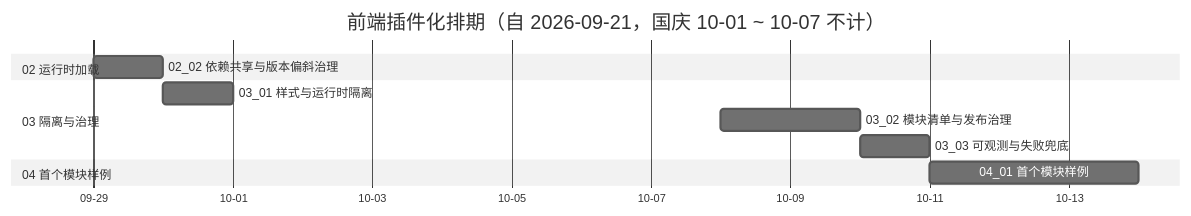
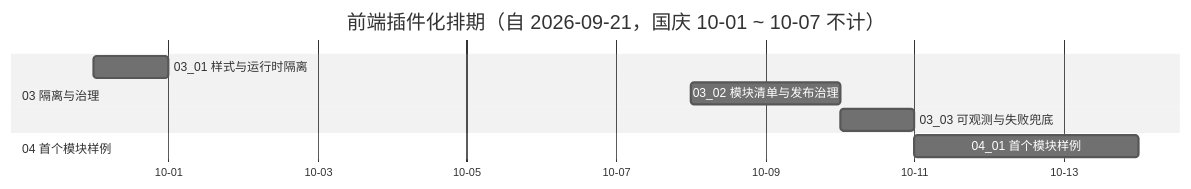
Before and after one commit to minjian123/basic-management-system: the diagram in bms文档/项目/05_前端插件化/计划/01_计划_前端插件化.md, drawn with Mermaid (neutral theme). The commit also changed other lines of this file and 14 other files, not shown here.

````diff
--- a/bms文档/项目/05_前端插件化/计划/01_计划_前端插件化.md
+++ b/bms文档/项目/05_前端插件化/计划/01_计划_前端插件化.md
@@ -42,15 +42,13 @@
 ```mermaid
 gantt
     title 前端插件化排期（自 2026-09-21，国庆 10-01 ~ 10-07 不计）
     dateFormat YYYY-MM-DD
     axisFormat %m-%d
     tickInterval 2day
-    section 02 运行时加载
-    02_02 依赖共享与版本偏斜治理 :a4, 2026-09-29, 1d
     section 03 隔离与治理
     03_01 样式与运行时隔离 :a5, 2026-09-30, 1d
     03_02 模块清单与发布治理 :a6, 2026-10-08, 2d
     03_03 可观测与失败兜底 :a7, after a6, 1d
     section 04 首个模块样例
     04_01 首个模块样例 :a8, after a7, 3d
 ```
````
